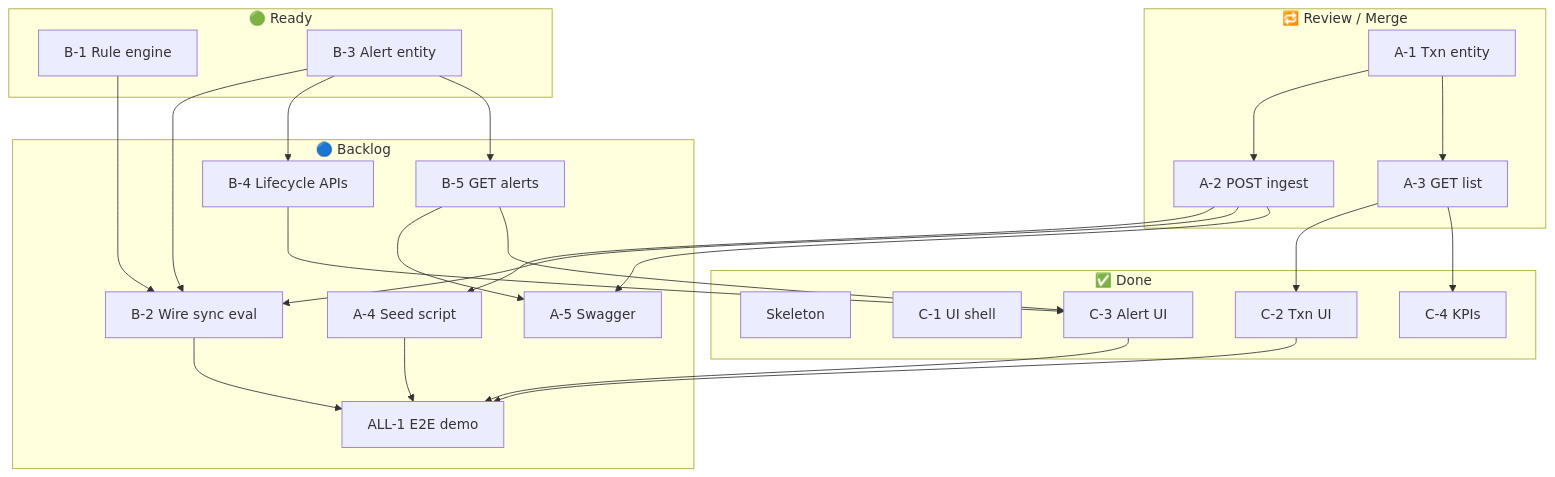
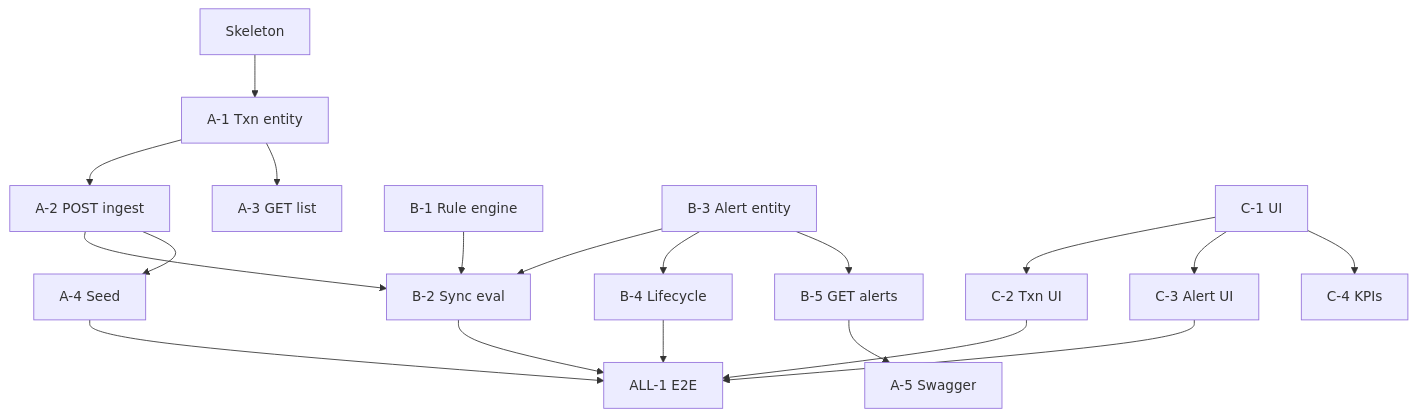
One commit to IamUsike/democd changed the diagram in docs/KANBAN.md. Above: the diagram before and after it, drawn with Mermaid. The commit also changed other lines of this file and 5 other files, not shown here.

````diff
--- a/docs/KANBAN.md
+++ b/docs/KANBAN.md
@@ -62,49 +69,21 @@
 ```mermaid
 flowchart TB
-  subgraph done [✅ Done]
-    Skel[Skeleton]
-    C1[C-1 UI shell]
-    C2[C-2 Txn UI]
-    C3[C-3 Alert UI]
-    C4[C-4 KPIs]
-  end
-
-  subgraph review [🔁 Review / Merge]
-    A1[A-1 Txn entity]
-    A2[A-2 POST ingest]
-    A3[A-3 GET list]
-  end
-
-  subgraph ready [🟢 Ready]
-    B1[B-1 Rule engine]
-    B3[B-3 Alert entity]
-  end
-
-  subgraph backlog [🔵 Backlog]
-    A4[A-4 Seed script]
-    A5[A-5 Swagger]
-    B2[B-2 Wire sync eval]
-    B4[B-4 Lifecycle APIs]
-    B5[B-5 GET alerts]
-    Demo[ALL-1 E2E demo]
-  end
-
-  A1 --> A2
-  A1 --> A3
-  A2 --> A4
+  Skel[Skeleton] --> A1[A-1 Txn entity]
+  A1 --> A2[A-2 POST ingest]
+  A1 --> A3[A-3 GET list]
+  B1[B-1 Rule engine] --> B2[B-2 Sync eval]
+  B3[B-3 Alert entity] --> B2
+  B3 --> B4[B-4 Lifecycle]
+  B3 --> B5[B-5 GET alerts]
   A2 --> B2
-  A2 --> A5
-  B1 --> B2
-  B3 --> B2
-  B3 --> B4
-  B3 --> B5
-  B5 --> A5
-  A3 --> C2
-  A3 --> C4
-  B4 --> C3
-  B5 --> C3
-  A4 --> Demo
+  A2 --> A4[A-4 Seed]
+  B5 --> A5[A-5 Swagger]
+  C1[C-1 UI] --> C2[C-2 Txn UI]
+  C1 --> C3[C-3 Alert UI]
+  C1 --> C4[C-4 KPIs]
+  A4 --> Demo[ALL-1 E2E]
   B2 --> Demo
+  B4 --> Demo
   C2 --> Demo
   C3 --> Demo
 ```
````
